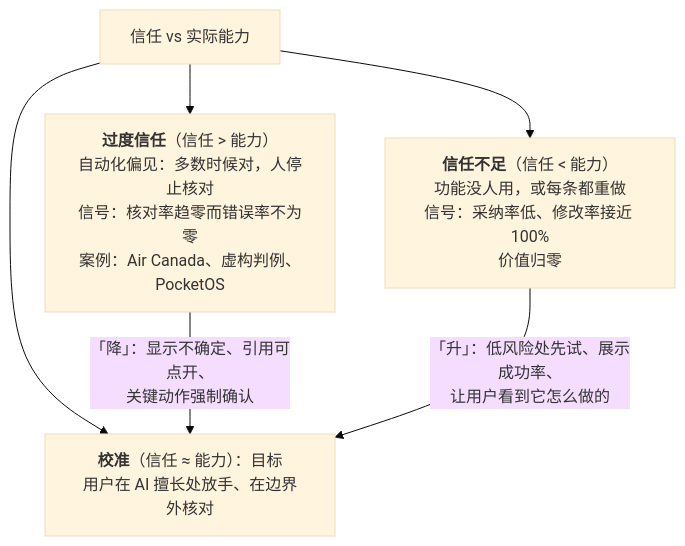
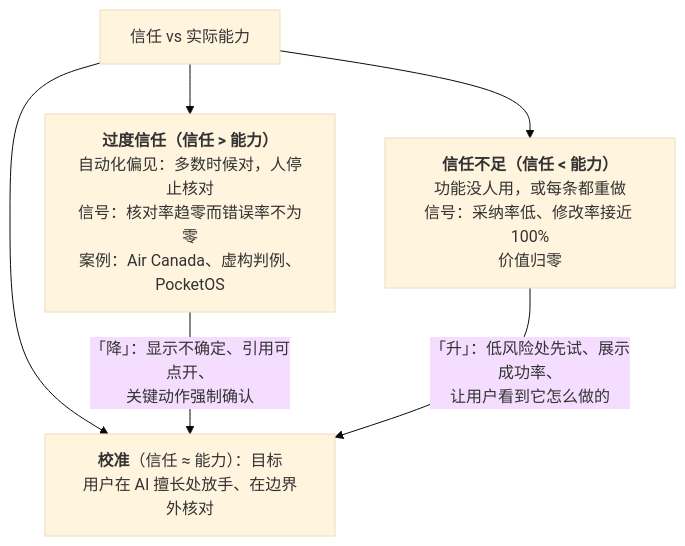
The first of 5 diagrams in _posts/2026-11-18-human-ai-division-of-labor-and-trust-calibration.md (arganzheng/arganzheng.github.com), drawn with Mermaid (base theme) before and after one commit.

Commit message:
产品与体验（03）人机分工与信任校准：Mermaid 方框标题的括注移进 </b>，标题样式才生效
写成 `<b>标题</b>（第七章）<br/>` 时 `nodeTitles()` 的 TITLE_RE 不匹配（它要求
`</b>` 紧跟 `<br/>`），整行按正文渲染；而且那一行读起来是「标题（第七章）」，
却只有括号前是粗体。

````diff
--- a/_posts/2026-11-18-human-ai-division-of-labor-and-trust-calibration.md
+++ b/_posts/2026-11-18-human-ai-division-of-labor-and-trust-calibration.md
@@ -22,11 +22,11 @@
 ```mermaid
 %%{init: {"flowchart": {"wrappingWidth": 230}}}%%
 %% 图：信任校准的三态：过度信任、校准、信任不足，以及各自的升降手段
 flowchart TB
-    X["信任 vs 实际能力"] --> OT["<b>过度信任</b>（信任 > 能力）<br/>自动化偏见：多数时候对，人停止核对<br/>信号：核对率趋零而错误率不为零<br/>案例：Air Canada、虚构判例、PocketOS"]
+    X["信任 vs 实际能力"] --> OT["<b>过度信任（信任 > 能力）</b><br/>自动化偏见：多数时候对，人停止核对<br/>信号：核对率趋零而错误率不为零<br/>案例：Air Canada、虚构判例、PocketOS"]
     X --> OK["<b>校准</b>（信任 ≈ 能力）：目标<br/>用户在 AI 擅长处放手、在边界外核对"]
-    X --> UT["<b>信任不足</b>（信任 < 能力）<br/>功能没人用，或每条都重做<br/>信号：采纳率低、修改率接近 100%<br/>价值归零"]
+    X --> UT["<b>信任不足（信任 < 能力）</b><br/>功能没人用，或每条都重做<br/>信号：采纳率低、修改率接近 100%<br/>价值归零"]
     OT -- "「降」：显示不确定、引用可点开、<br/>关键动作强制确认" --> OK
     UT -- "「升」：低风险处先试、展示成功率、<br/>让用户看到它怎么做的" --> OK
 
 ```
````
